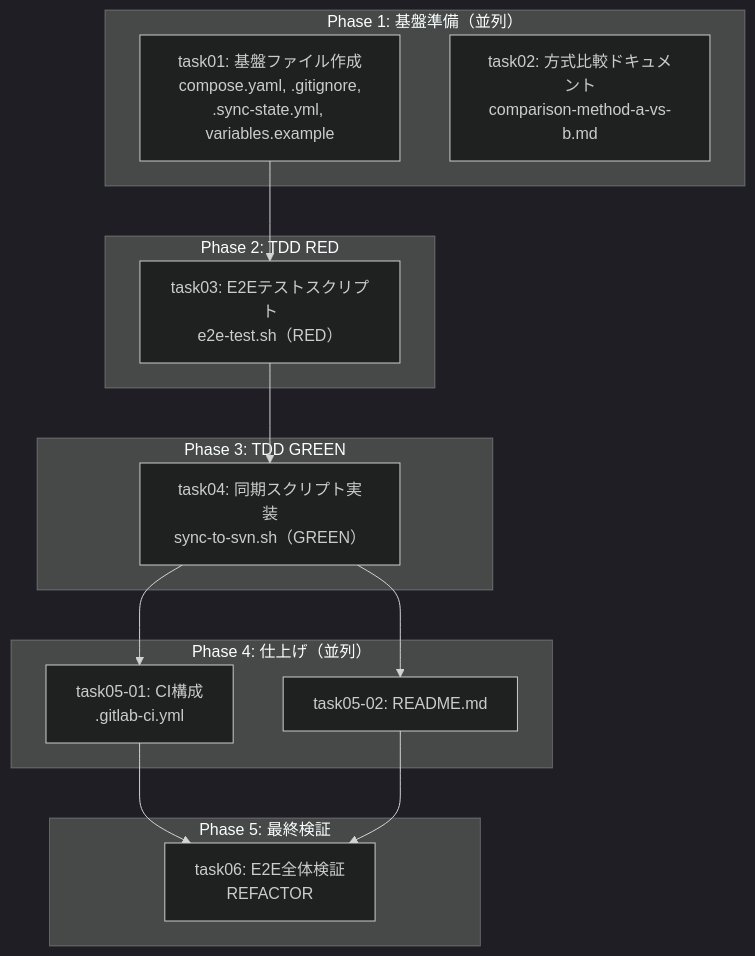
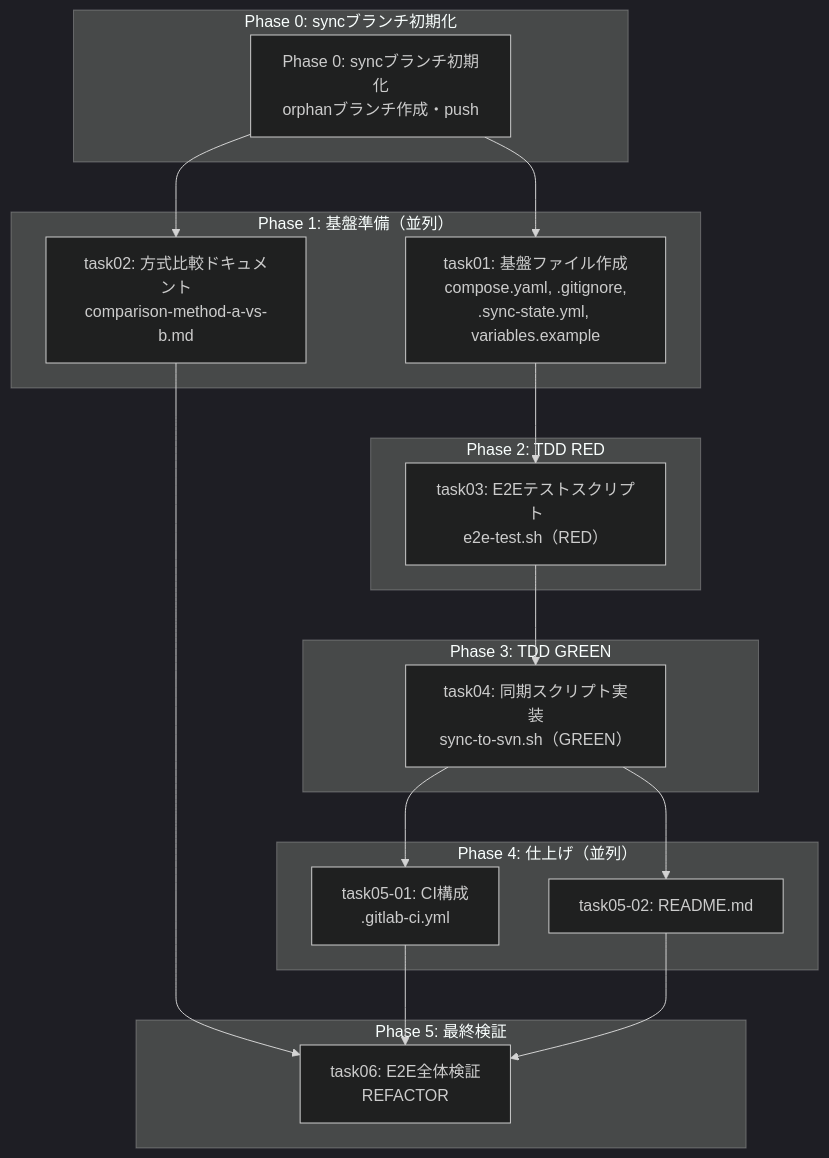
The diagram in docs/git-svn-backup/plan/task-list.md (NagasakaH/dev-process), drawn with Mermaid (dark theme) before and after one commit. The commit also changed other lines of this file and 8 other files, not shown here.

````diff
--- a/docs/git-svn-backup/plan/task-list.md
+++ b/docs/git-svn-backup/plan/task-list.md
@@ -33,31 +33,38 @@
 ```mermaid
 graph TD
+    subgraph "Phase 0: syncブランチ初期化"
+        phase0["Phase 0: syncブランチ初期化<br/>orphanブランチ作成・push"]
+    end
+
     subgraph "Phase 1: 基盤準備（並列）"
         task01["task01: 基盤ファイル作成<br/>compose.yaml, .gitignore,<br/>.sync-state.yml, variables.example"]
         task02["task02: 方式比較ドキュメント<br/>comparison-method-a-vs-b.md"]
     end
 
     subgraph "Phase 2: TDD RED"
         task03["task03: E2Eテストスクリプト<br/>e2e-test.sh（RED）"]
     end
 
     subgraph "Phase 3: TDD GREEN"
         task04["task04: 同期スクリプト実装<br/>sync-to-svn.sh（GREEN）"]
     end
 
     subgraph "Phase 4: 仕上げ（並列）"
         task05-01["task05-01: CI構成<br/>.gitlab-ci.yml"]
         task05-02["task05-02: README.md"]
     end
 
     subgraph "Phase 5: 最終検証"
         task06["task06: E2E全体検証<br/>REFACTOR"]
     end
 
+    phase0 --> task01
+    phase0 --> task02
     task01 --> task03
+    task02 --> task06
     task03 --> task04
     task04 --> task05-01
     task04 --> task05-02
     task05-01 --> task06
     task05-02 --> task06
 ```
````
